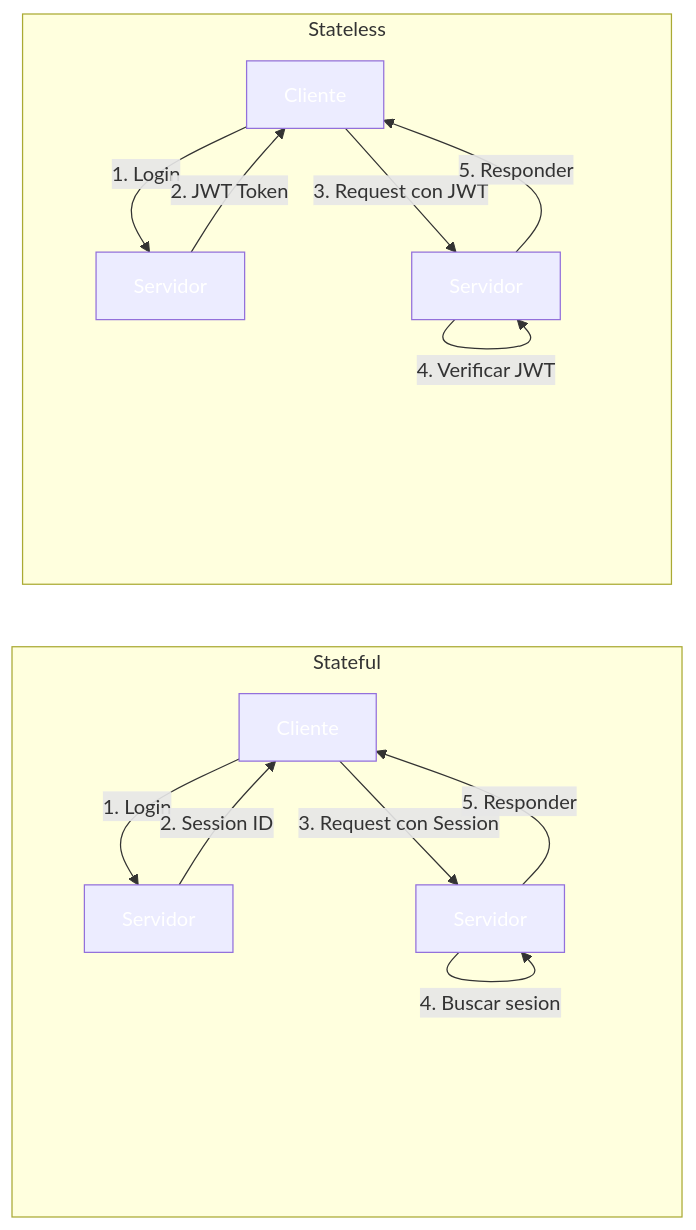
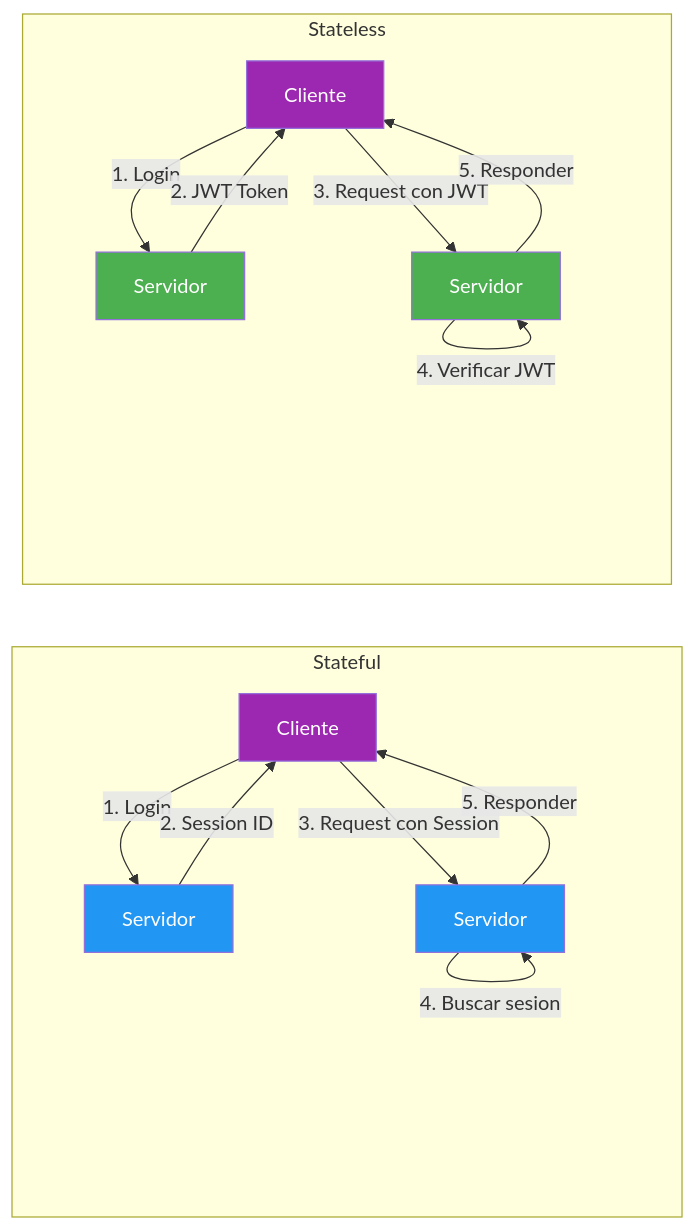
One commit to joseluisgs/DesarrolloWebEntornosServidor-02-2026-2027 changed the first of 15 diagrams in 16-autenticacion.md. Above: the diagram before and after it, drawn with Mermaid. The commit also changed other lines of this file and 29 other files, not shown here.

Commit message:
docs: corregir estilos Mermaid y estilo, quitar referencias a la Tienda y reestructurar los retos 13 y 15

````diff
--- a/16-autenticacion.md
+++ b/16-autenticacion.md
@@ -64,25 +64,25 @@
 ```mermaid
 flowchart LR
     subgraph Stateful
         A1[Cliente] -->|1. Login| A2[Servidor]
         A2 -->|2. Session ID| A1
         A1 -->|3. Request con Session| A3[Servidor]
         A3 -->|4. Buscar sesion| A3
         A3 -->|5. Responder| A1
     end
 
     subgraph Stateless
         B1[Cliente] -->|1. Login| B2[Servidor]
         B2 -->|2. JWT Token| B1
         B1 -->|3. Request con JWT| B4[Servidor]
         B4 -->|4. Verificar JWT| B4
         B4 -->|5. Responder| B1
     end
 
-    style A1 fill:#9C27B,color:#fff0,color:#fff
-    style A2 fill:#2196F,color:#fff3,color:#fff
-    style A3 fill:#2196F,color:#fff3,color:#fff
-    style B1 fill:#9C27B,color:#fff0,color:#fff
-    style B2 fill:#4CAF5,color:#fff0,color:#fff
-    style B4 fill:#4CAF5,color:#fff0,color:#fff
+    style A1 fill:#9C27B0,color:#fff
+    style A2 fill:#2196F3,color:#fff
+    style A3 fill:#2196F3,color:#fff
+    style B1 fill:#9C27B0,color:#fff
+    style B2 fill:#4CAF50,color:#fff
+    style B4 fill:#4CAF50,color:#fff
 ```
````
